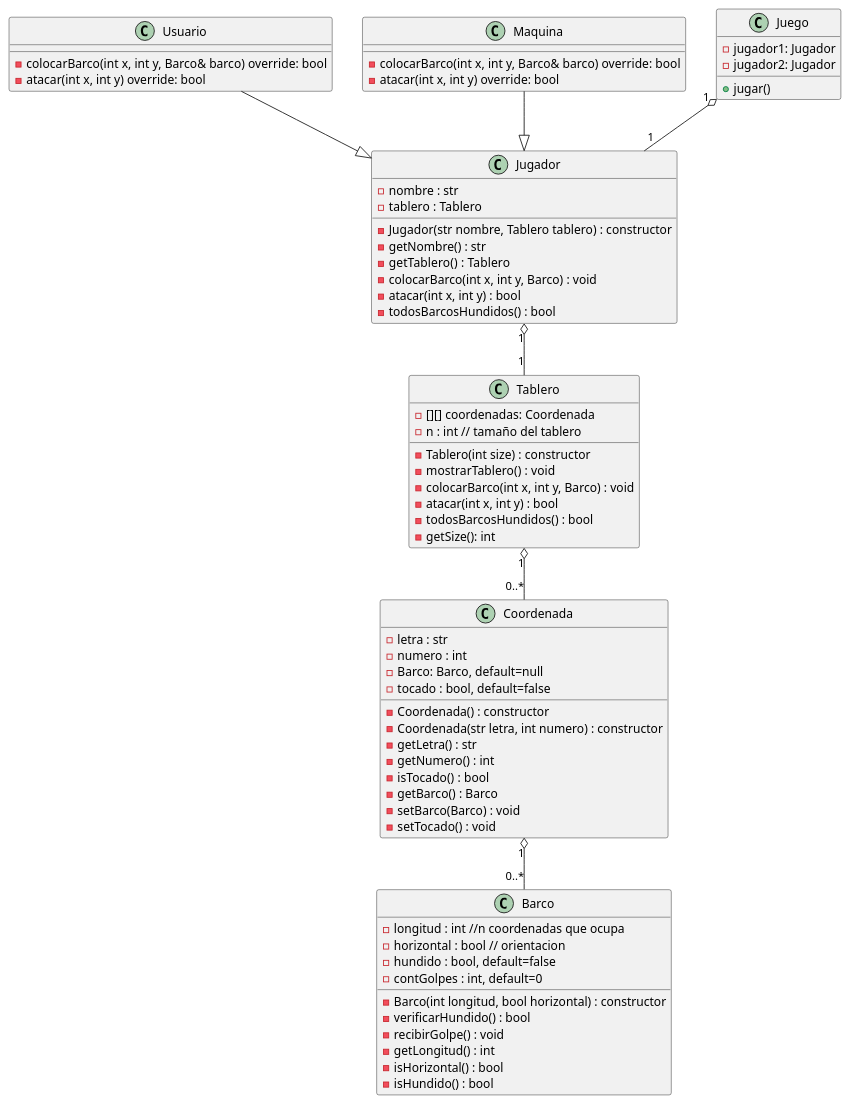
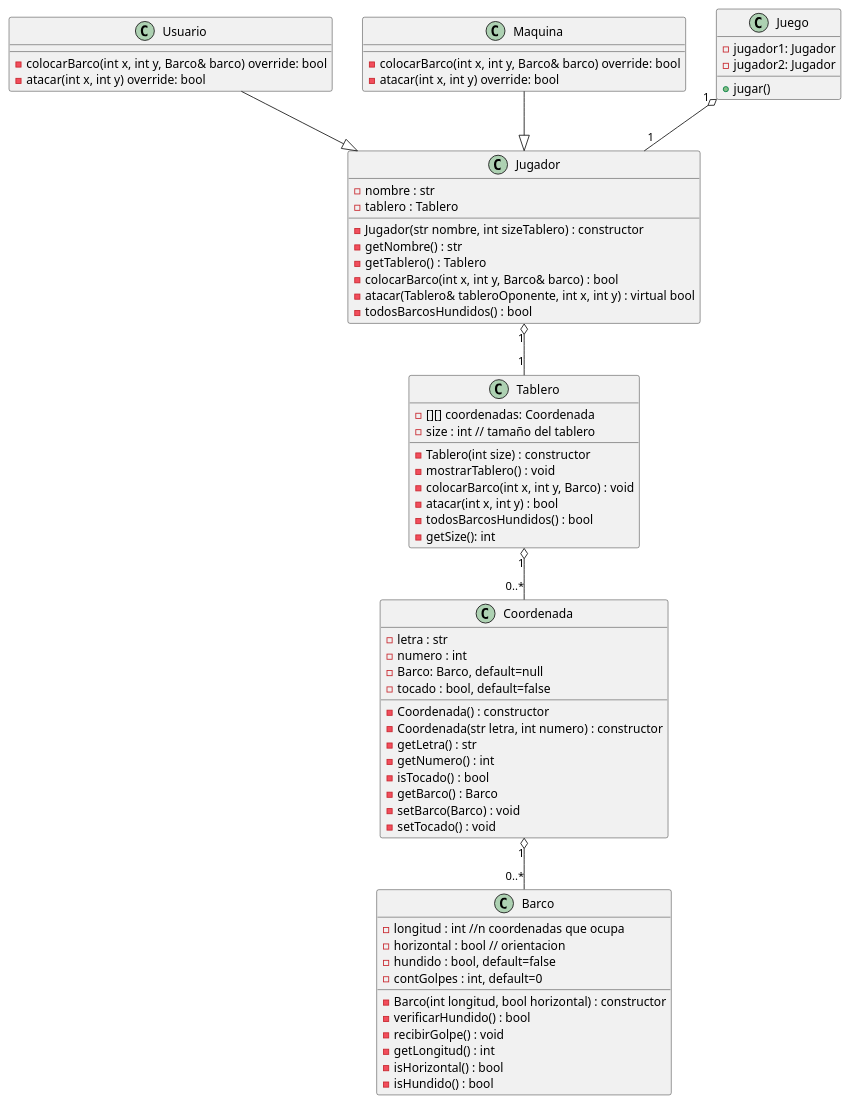
Before and after one commit to santiago6124/ProyectoFinalProg2: the diagram in docs/diagram_v-review.wsd, drawn with PlantUML.

Commit message:
diagrama actualizado

```diff
--- a/docs/diagram_v-review.wsd
+++ b/docs/diagram_v-review.wsd
@@ -1,104 +1,104 @@
 @startuml
 
 class Tablero {
     - [][] coordenadas: Coordenada
-    - n : int // tamaño del tablero
+    - size : int // tamaño del tablero
     - Tablero(int size) : constructor
         '   -> inicializa objetos Coordenada en coordenadas
     - mostrarTablero() : void
         '   -> mostrarTablero: imprime el tablero, validando: coord.getBarco(), coord.isTocado()
     - colocarBarco(int x, int y, Barco) : void
         '   -> Coordenas.setBarco, ¿¿¿ barco.agregarCoordenada ???
     - atacar(int x, int y) : bool
         '   -> Coordenas.setBarco, coord.setTocado(true), coord.getBarco()->recibirGolpe()
     - todosBarcosHundidos() : bool
         '   -> return all barco.isHundido()
     - getSize(): int
-        '   -> return n
+        '   -> return size
 }
 
 class Coordenada {
     - letra : str
     - numero : int
     - Barco: Barco, default=null
     - tocado : bool, default=false
     - Coordenada() : constructor
         '   
     - Coordenada(str letra, int numero) : constructor
         '   -> letra_, numero_
     - getLetra() : str
         '   -> return letra
     - getNumero() : int
         '   -> return numero
     - isTocado() : bool
         '   -> return tocado
     - getBarco() : Barco
         '   -> return barco
     - setBarco(Barco) : void
         '   -> this->barco = barco
     - setTocado() : void
         '   -> this->tocado = tocado
 }
 
 Tablero "1" o-- "0..*" Coordenada
 
 class Barco {
     - longitud : int //n coordenadas que ocupa
     - horizontal : bool // orientacion
     - hundido : bool, default=false
     - contGolpes : int, default=0
     - Barco(int longitud, bool horizontal) : constructor
         '   -> longitud_, horizontal_
     - verificarHundido() : bool
         '   -> return contGolpes == longitud
     - recibirGolpe() : void
         '   -> contGolpes++, validar si hundido asignar = true
     - getLongitud() : int
         '   -> return longitud
     - isHorizontal() : bool
         '   -> return horizontal
     - isHundido() : bool
         '   -> return hundido
 
 }
 
 Coordenada "1" o-- "0..*" Barco
 
 class Jugador {
     - nombre : str
     - tablero : Tablero
     ' - [] barcos : Barco
     ' - [] disparos : Coordenada
-    - Jugador(str nombre, Tablero tablero) : constructor
-        '   -> nombre_, tablero_
+    - Jugador(str nombre, int sizeTablero) : constructor
+        '   -> nombre_, sizeTablero_
     - getNombre() : str
     - getTablero() : Tablero
-    - colocarBarco(int x, int y, Barco) : void
-    - atacar(int x, int y) : bool
+    - colocarBarco(int x, int y, Barco& barco) : bool
+    - atacar(Tablero& tableroOponente, int x, int y) : virtual bool
     - todosBarcosHundidos() : bool
 }
 
 class Usuario {
     - colocarBarco(int x, int y, Barco& barco) override: bool
     - atacar(int x, int y) override: bool
 }
 
 class Maquina {
     - colocarBarco(int x, int y, Barco& barco) override: bool
     - atacar(int x, int y) override: bool
 }
 
 Usuario --|> Jugador
 Maquina --|> Jugador
 
 Jugador "1" o-- "1" Tablero
 
 class Juego {
     - jugador1: Jugador
     - jugador2: Jugador
     + jugar()
 }
 
 Juego "1" o-- "1" Jugador
 
 @enduml
```
